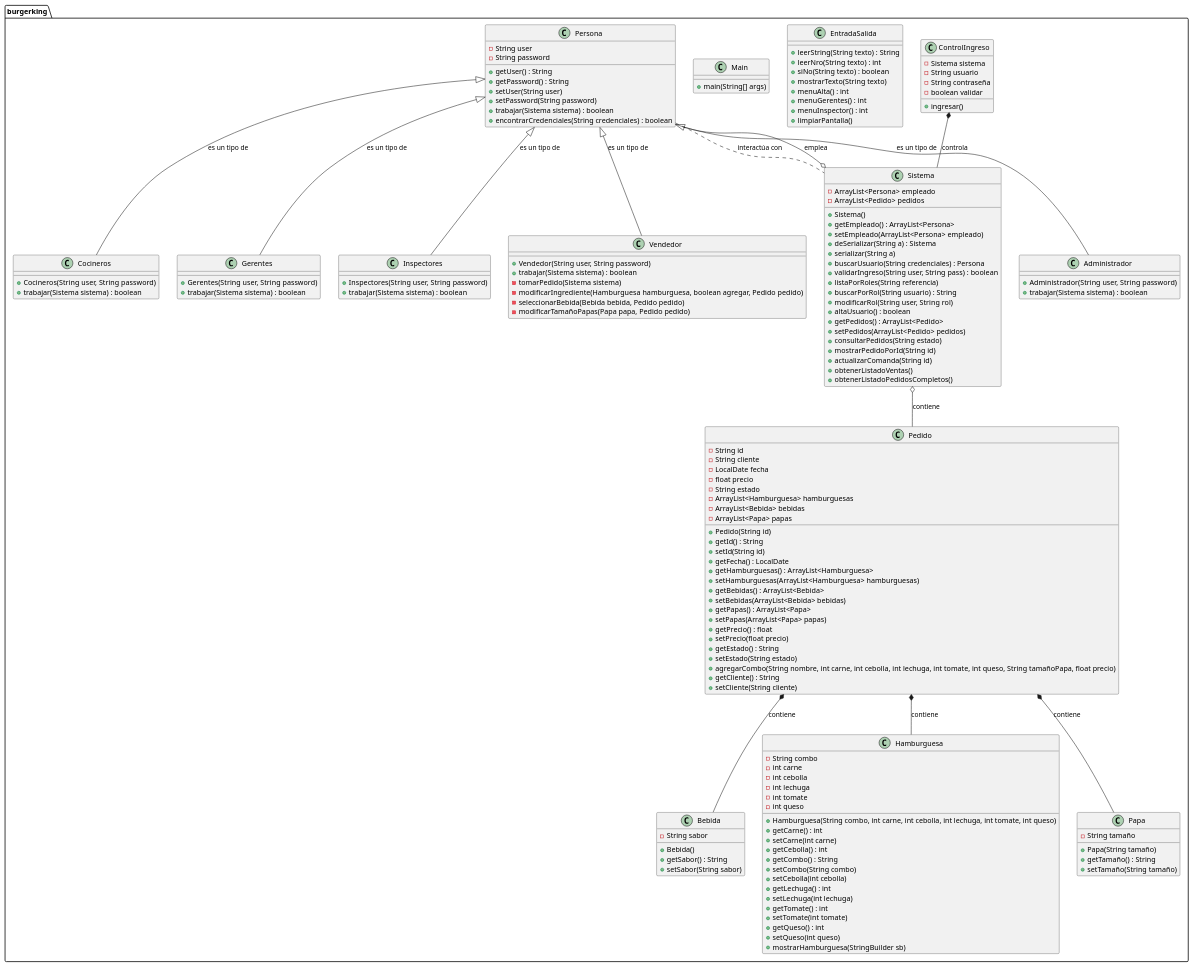
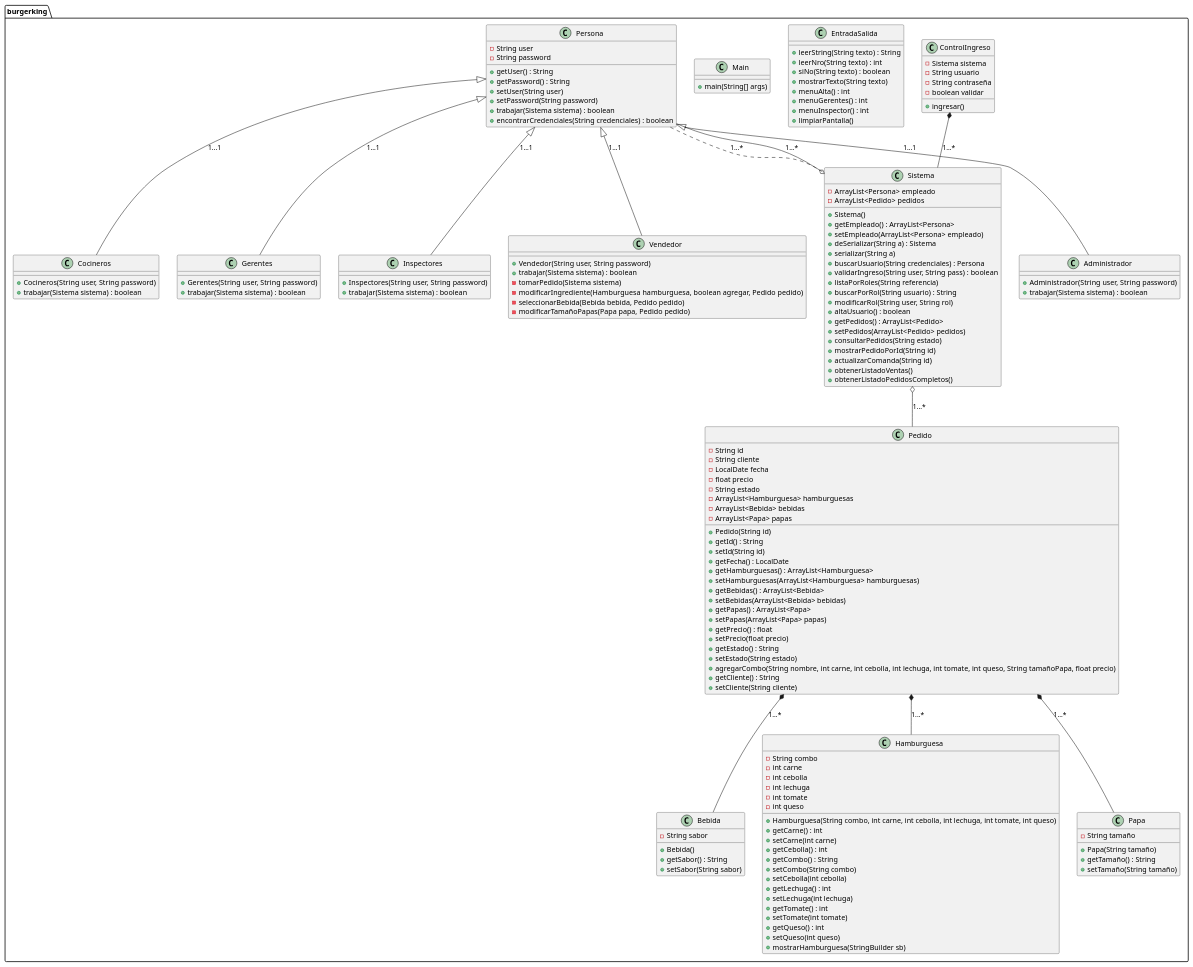
One commit to Ariel-GR/BurgerKing changed the diagram in src/Diagramas/umlClases.puml. Above: the diagram before and after it, drawn with PlantUML. The commit also changed 8 other files, not shown here.

```diff
--- a/src/Diagramas/umlClases.puml
+++ b/src/Diagramas/umlClases.puml
@@ -1,174 +1,172 @@
 @startuml
 
 package burgerking {
     
     class Administrador {
         +Administrador(String user, String password)
         +trabajar(Sistema sistema) : boolean
     }
 
     class Bebida {
         -String sabor
         +Bebida()
         +getSabor() : String
         +setSabor(String sabor)
     }
 
     class Cocineros {
         +Cocineros(String user, String password)
         +trabajar(Sistema sistema) : boolean
     }
 
     class ControlIngreso {
         -Sistema sistema
         -String usuario
         -String contraseña
         -boolean validar
         +ingresar()
     }
 
     class EntradaSalida {
         +leerString(String texto) : String
         +leerNro(String texto) : int
         +siNo(String texto) : boolean
         +mostrarTexto(String texto)
         +menuAlta() : int
         +menuGerentes() : int
         +menuInspector() : int
         +limpiarPantalla()
     }
 
     class Gerentes {
         +Gerentes(String user, String password)
         +trabajar(Sistema sistema) : boolean
     }
 
     class Hamburguesa {
         -String combo
         -int carne
         -int cebolla
         -int lechuga
         -int tomate
         -int queso
         +Hamburguesa(String combo, int carne, int cebolla, int lechuga, int tomate, int queso)
         +getCarne() : int
         +setCarne(int carne)
         +getCebolla() : int
         +getCombo() : String
         +setCombo(String combo)
         +setCebolla(int cebolla)
         +getLechuga() : int
         +setLechuga(int lechuga)
         +getTomate() : int
         +setTomate(int tomate)
         +getQueso() : int
         +setQueso(int queso)
         +mostrarHamburguesa(StringBuilder sb)
     }
 
     class Inspectores {
         +Inspectores(String user, String password)
         +trabajar(Sistema sistema) : boolean
     }
 
     class Main {
         +main(String[] args)
     }
 
     class Papa {
         -String tamaño
         +Papa(String tamaño)
         +getTamaño() : String
         +setTamaño(String tamaño)
     }
 
     class Pedido {
         -String id
         -String cliente
         -LocalDate fecha
         -float precio
         -String estado
         -ArrayList<Hamburguesa> hamburguesas
         -ArrayList<Bebida> bebidas
         -ArrayList<Papa> papas
         +Pedido(String id)
         +getId() : String
         +setId(String id)
         +getFecha() : LocalDate
         +getHamburguesas() : ArrayList<Hamburguesa>
         +setHamburguesas(ArrayList<Hamburguesa> hamburguesas)
         +getBebidas() : ArrayList<Bebida>
         +setBebidas(ArrayList<Bebida> bebidas)
         +getPapas() : ArrayList<Papa>
         +setPapas(ArrayList<Papa> papas)
         +getPrecio() : float
         +setPrecio(float precio)
         +getEstado() : String
         +setEstado(String estado)
         +agregarCombo(String nombre, int carne, int cebolla, int lechuga, int tomate, int queso, String tamañoPapa, float precio)
         +getCliente() : String
         +setCliente(String cliente)
     }
 
     class Persona {
         -String user
         -String password
         +getUser() : String
         +getPassword() : String
         +setUser(String user)
         +setPassword(String password)
         +trabajar(Sistema sistema) : boolean
         +encontrarCredenciales(String credenciales) : boolean
     }
 
     class Sistema {
         -ArrayList<Persona> empleado
         -ArrayList<Pedido> pedidos
         +Sistema()
         +getEmpleado() : ArrayList<Persona>
         +setEmpleado(ArrayList<Persona> empleado)
         +deSerializar(String a) : Sistema
         +serializar(String a)
         +buscarUsuario(String credenciales) : Persona
         +validarIngreso(String user, String pass) : boolean
         +listaPorRoles(String referencia)
         +buscarPorRol(String usuario) : String
         +modificarRol(String user, String rol)
         +altaUsuario() : boolean
         +getPedidos() : ArrayList<Pedido>
         +setPedidos(ArrayList<Pedido> pedidos)
         +consultarPedidos(String estado)
         +mostrarPedidoPorId(String id)
         +actualizarComanda(String id)
         +obtenerListadoVentas()
         +obtenerListadoPedidosCompletos()
     }
 
     class Vendedor {
         +Vendedor(String user, String password)
         +trabajar(Sistema sistema) : boolean
         -tomarPedido(Sistema sistema)
         -modificarIngrediente(Hamburguesa hamburguesa, boolean agregar, Pedido pedido)
         -seleccionarBebida(Bebida bebida, Pedido pedido)
         -modificarTamañoPapas(Papa papa, Pedido pedido)
     }
 
-    Persona <|-- Cocineros : "es un tipo de"
-    Persona <|-- Gerentes : "es un tipo de"
-    Persona <|-- Inspectores : "es un tipo de"
-    Persona <|-- Vendedor : "es un tipo de"
-    Persona <|-- Administrador : "es un tipo de"
+    Persona <|-- Cocineros : "1...1"
+    Persona <|-- Gerentes : "1...1"
+    Persona <|-- Inspectores : "1...1"
+    Persona <|-- Vendedor : "1...1"
+    Persona <|-- Administrador : "1...1"
 
-    Pedido *-- Hamburguesa : "contiene"
-    Pedido *-- Bebida : "contiene"
-    Pedido *-- Papa : "contiene"
-    Sistema o-- Persona : "emplea"
-    Sistema o-- Pedido : "contiene"
-    ControlIngreso *-- Sistema : "controla"
-    Persona .. Sistema : "interactúa con"
+    Pedido *-- Hamburguesa : "1...*"
+    Pedido *-- Bebida : "1...*"
+    Pedido *-- Papa : "1...*"
+    Sistema o-- Persona : "1...*"
+    Sistema o-- Pedido : "1...*"
+    ControlIngreso *-- Sistema : "1...*"
+    Persona .. Sistema : "1...*"
 
 }
 
-
-
 @enduml
```
